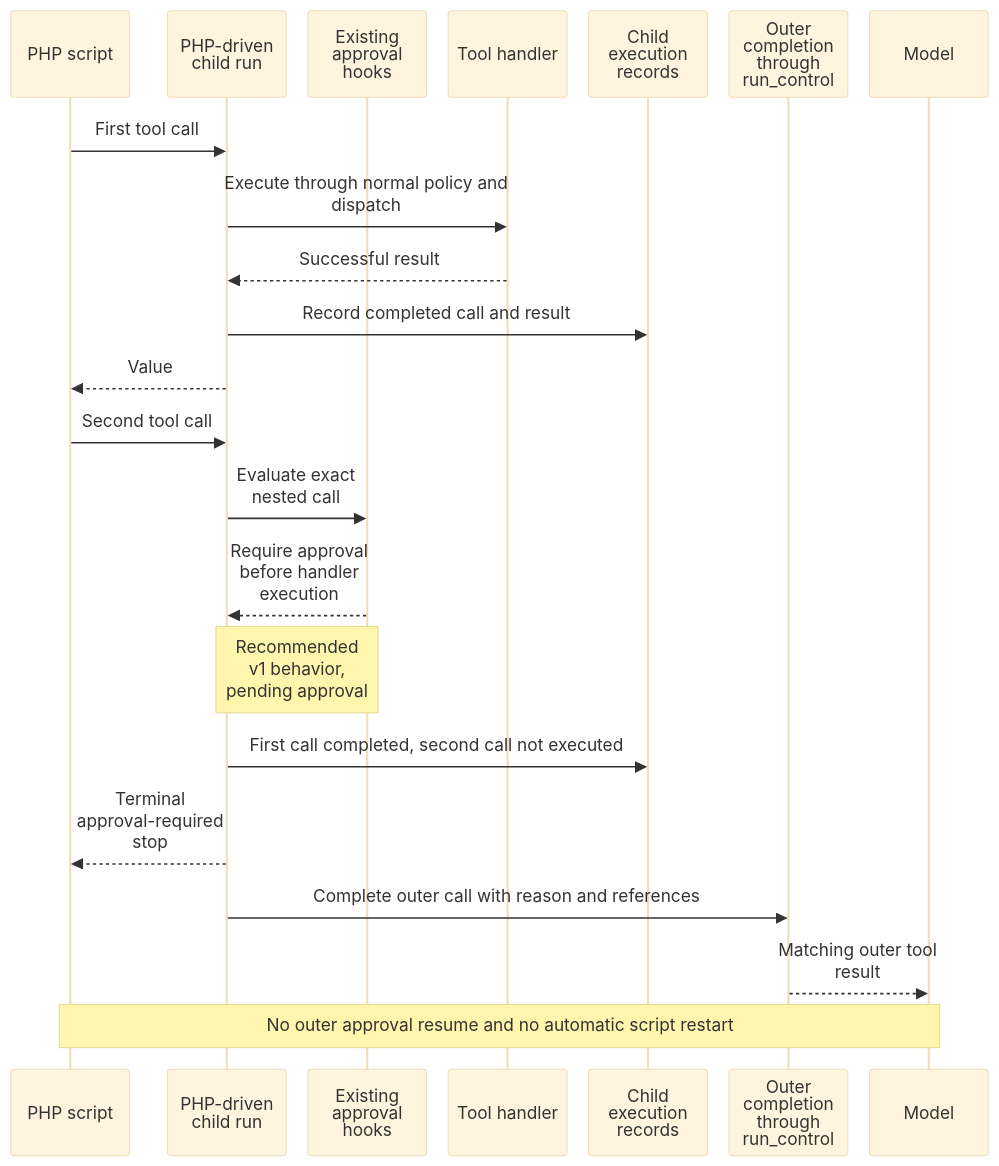
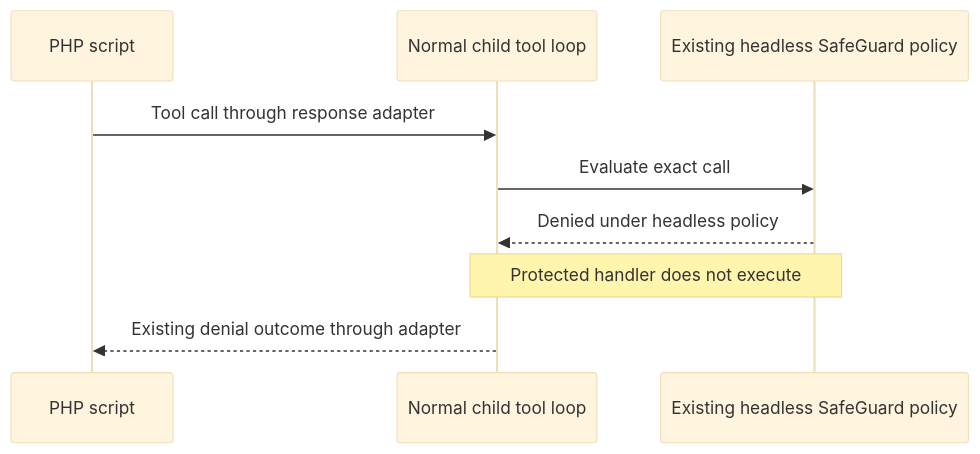
One commit to ineersa/agent-core changed the fourth of 4 diagrams in architecture/php-code-mode-discovery.md. Above: the diagram before and after it, drawn with Mermaid (base theme). The commit also changed other lines of this file, not shown here.

Commit message:
docs: simplify code mode around script-driven subagents

````diff
--- a/architecture/php-code-mode-discovery.md
+++ b/architecture/php-code-mode-discovery.md
@@ -373,26 +163,11 @@
 ```mermaid
-%%{init: {"sequence": {"wrap": true, "width": 110, "actorMargin": 20, "diagramMarginX": 10, "messageMargin": 30}}}%%
 sequenceDiagram
     participant PHP as PHP script
-    participant Bridge as PHP-driven child run
-    participant Hooks as Existing approval hooks
-    participant Worker as Tool handler
-    participant Store as Child execution records
-    participant RC as Outer completion through run_control
-    participant Model
-
-    PHP->>Bridge: First tool call
-    Bridge->>Worker: Execute through normal policy and dispatch
-    Worker-->>Bridge: Successful result
-    Bridge->>Store: Record completed call and result
-    Bridge-->>PHP: Value
-    PHP->>Bridge: Second tool call
-    Bridge->>Hooks: Evaluate exact nested call
-    Hooks-->>Bridge: Require approval before handler execution
-    Note over Bridge,Hooks: Recommended v1 behavior, pending approval
-    Bridge->>Store: First call completed, second call not executed
-    Bridge-->>PHP: Terminal approval-required stop
-    Bridge->>RC: Complete outer call with reason and references
-    RC-->>Model: Matching outer tool result
-    Note over PHP,Model: No outer approval resume and no automatic script restart
+    participant RC as Normal child tool loop
+    participant Guard as Existing headless SafeGuard policy
+    PHP->>RC: Tool call through response adapter
+    RC->>Guard: Evaluate exact call
+    Guard-->>RC: Denied under headless policy
+    Note over RC,Guard: Protected handler does not execute
+    RC-->>PHP: Existing denial outcome through adapter
 ```
````
